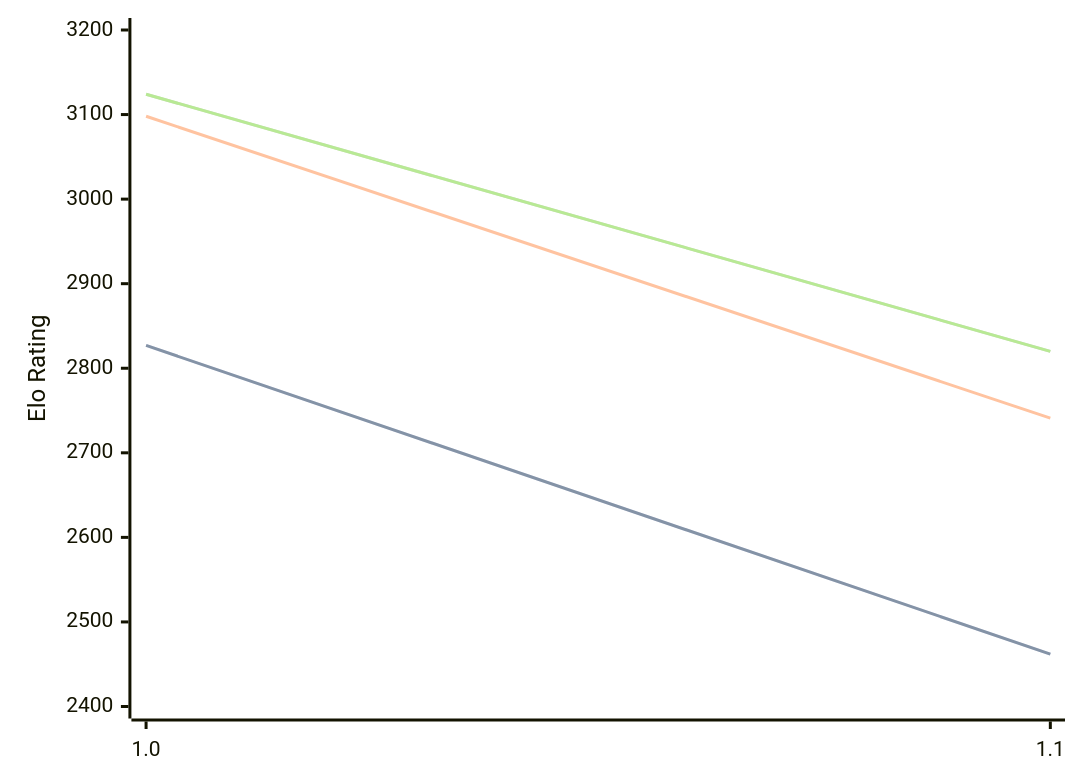
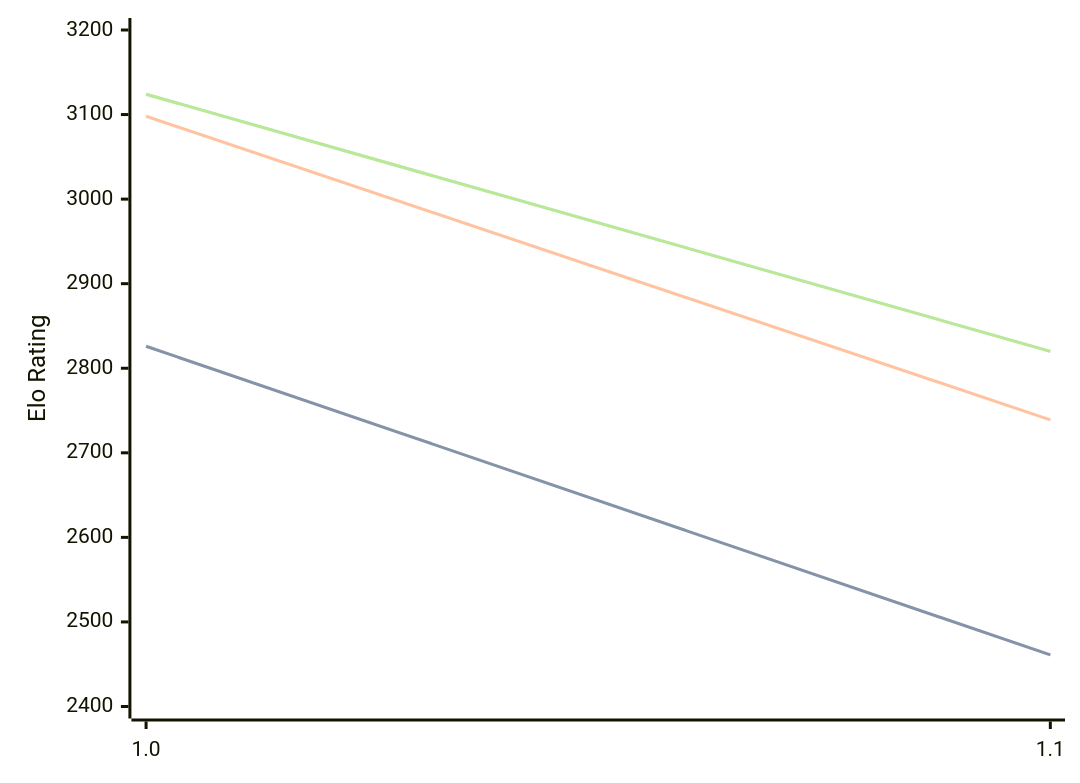
The diagram in engines/Publius.md (computer-chess-index/cci), drawn with Mermaid before and after one commit. The commit also changed other lines of this file, not shown here.

````diff
--- a/engines/Publius.md
+++ b/engines/Publius.md
@@ -32,11 +32,11 @@
 ```mermaid
 %%{init: {"theme":"base","themeVariables":{"seriesColors:['#a3a3a3','#222221','#faa371']}}}%%
 xychart-beta
   x-axis ["1.0", "1.1"]
   y-axis "Elo Rating" 2400 --> 3200
-  line "STC (8.0+0.08s)" [2827, 2462]
-  line "STC (8.0+0.08s)" [2827, 2462]
-  line "LTC (60.0+0.60s)" [3098, 2741]
+  line "STC (8.0+0.08s)" [2826, 2461]
+  line "STC (8.0+0.08s)" [2826, 2461]
+  line "LTC (60.0+0.60s)" [3098, 2739]
   line "VLTC (2m24s+1.12s)" [3124, 2820]
   line "VLTC (2m24s+1.12s)" [3124, 2820]
 ```
````
